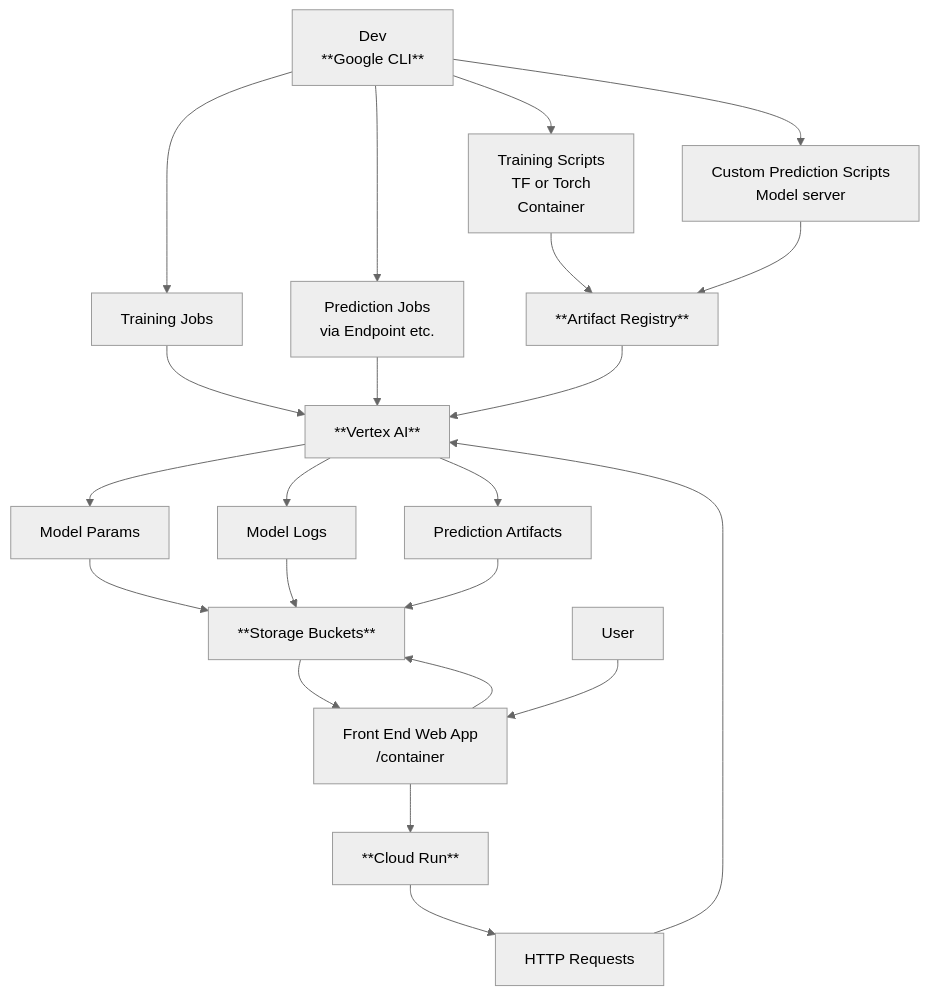
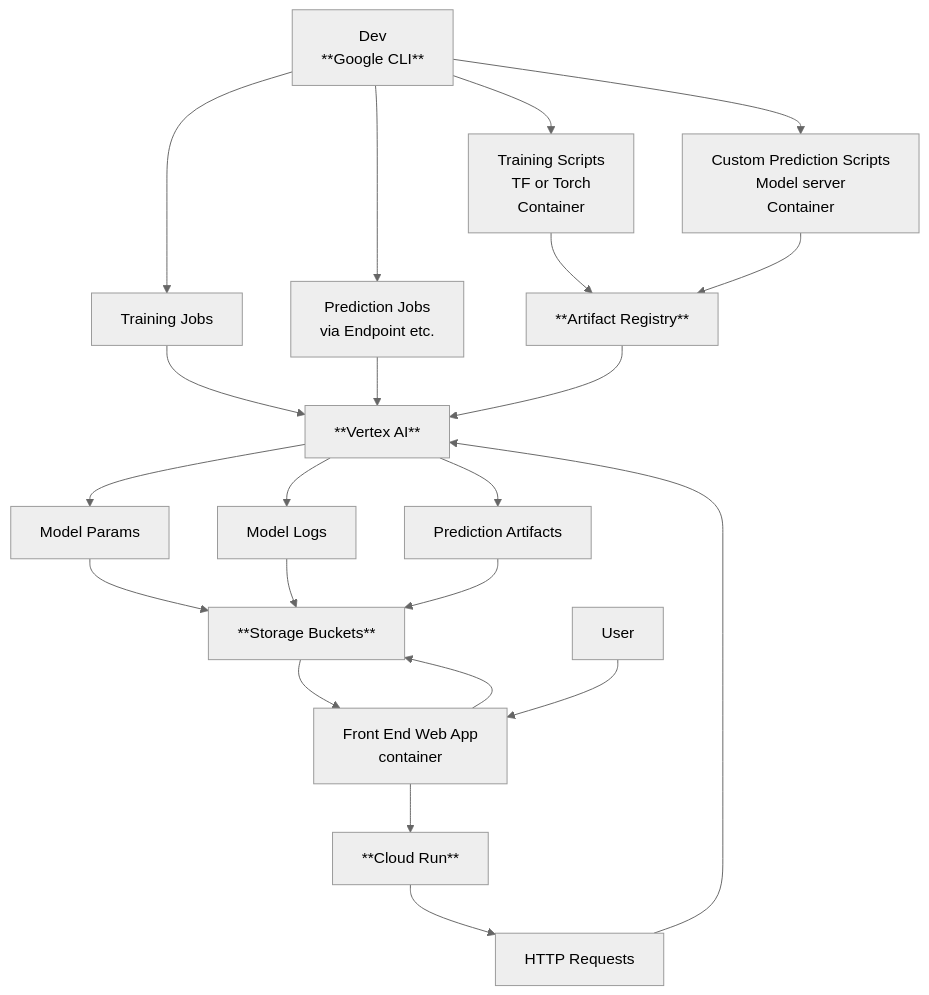
One commit to nuEGil/NotesOnTextTasks changed the diagram in ReadMe.md. Above: the diagram before and after it, drawn with Mermaid (neutral theme).

````diff
--- a/ReadMe.md
+++ b/ReadMe.md
@@ -41,32 +41,32 @@
 ```mermaid
 graph TD;
 
     %% Training + Containers
     A[Training Scripts<br/>TF or Torch<br/>Container] --> C[**Artifact Registry**]
 
     %% Prediction scripts to Artifact Registry
-    D[Custom Prediction Scripts<br/>Model server] --> C
+    D[Custom Prediction Scripts<br/>Model server<br/>Container] --> C
 
     %% Vertex AI jobs
     C --> E[**Vertex AI**]
     F[Training Jobs] --> E
     G[Prediction Jobs<br/>via Endpoint etc.] --> E
 
     %% Model outputs
     E --> H[Model Params] & I[Model Logs] & J[Prediction Artifacts]
     H & I & J --> K[**Storage Buckets**]
 
     %% Frontend + Cloud Run
-    L[Front End Web App<br/>/container] --> N[**Cloud Run**]
+    L[Front End Web App<br/>container] --> N[**Cloud Run**]
     N --> O[HTTP Requests]
     O --> E
     K --> L
     P[User] --> L
 
     %% Dev tools
     Q[Dev<br/>**Google CLI**] --> F & G & A & D
     L --> K
 
     
 
 ```
````
